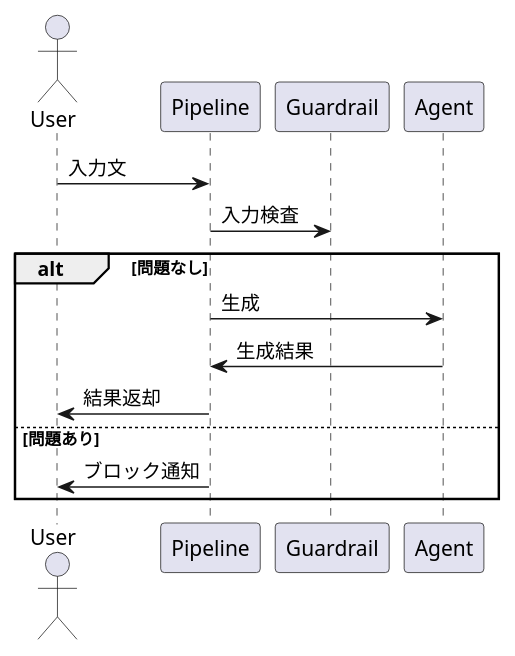
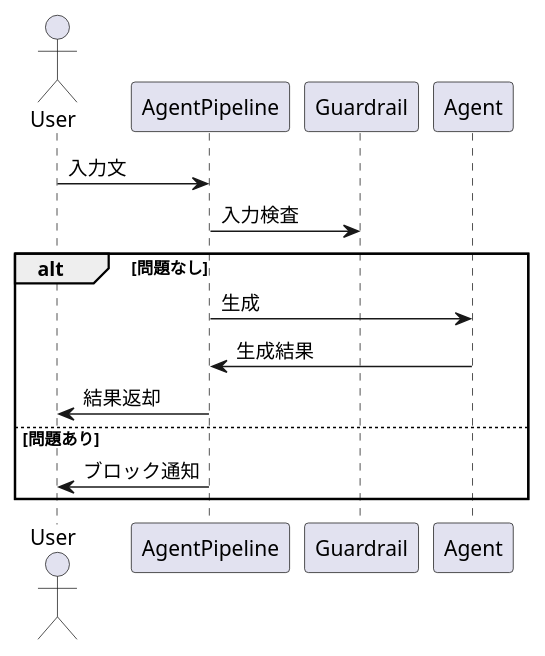
One commit to kitfactory/refinire changed the fourth of 4 diagrams in docs/function_spec.md. Above: the diagram before and after it, drawn with PlantUML. The commit also changed other lines of this file and 33 other files, not shown here.

````diff
--- a/docs/function_spec.md
+++ b/docs/function_spec.md
@@ -75,17 +75,17 @@
 ```plantuml
 @startuml
 actor User
-participant Pipeline
+participant AgentPipeline
 participant Guardrail
 participant Agent
-User -> Pipeline: 入力文
-Pipeline -> Guardrail: 入力検査
+User -> AgentPipeline: 入力文
+AgentPipeline -> Guardrail: 入力検査
 alt 問題なし
-  Pipeline -> Agent: 生成
-  Agent -> Pipeline: 生成結果
-  Pipeline -> User: 結果返却
+  AgentPipeline -> Agent: 生成
+  Agent -> AgentPipeline: 生成結果
+  AgentPipeline -> User: 結果返却
 else 問題あり
-  Pipeline -> User: ブロック通知
+  AgentPipeline -> User: ブロック通知
 end
 @enduml
 ```
````
